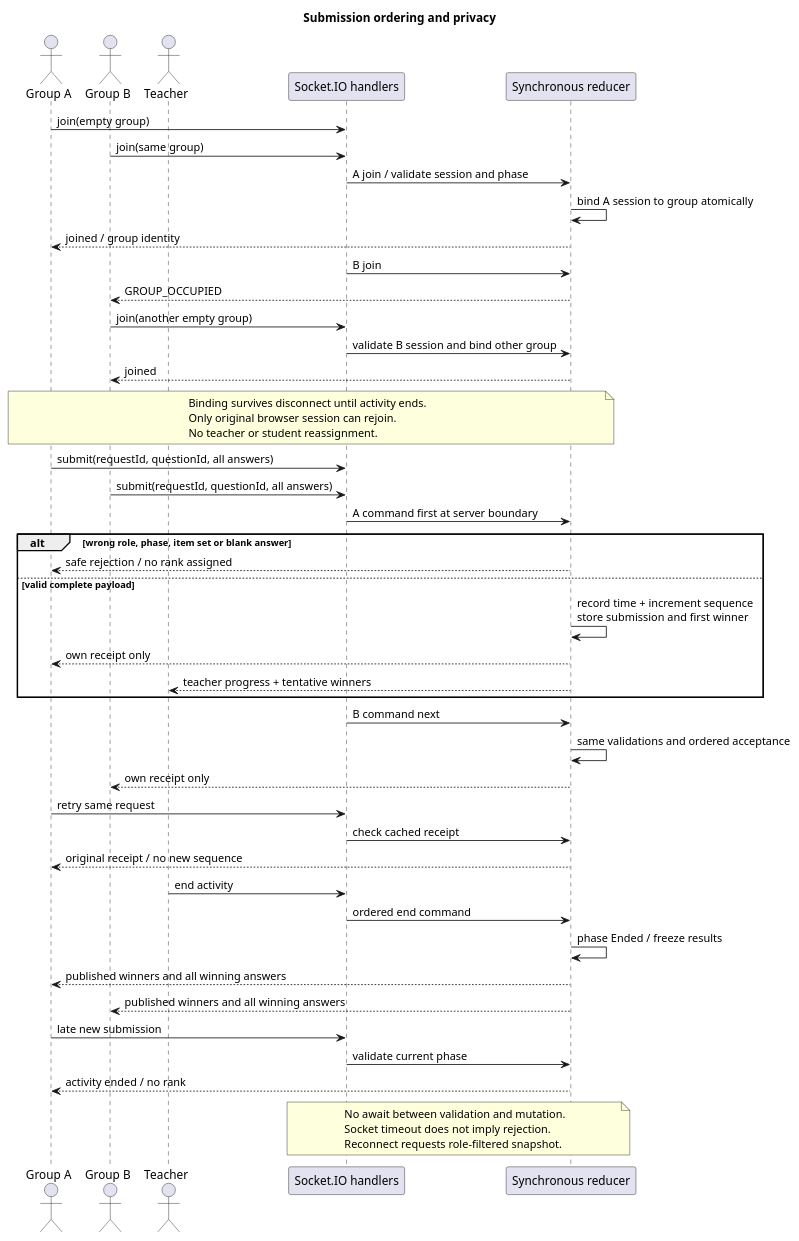
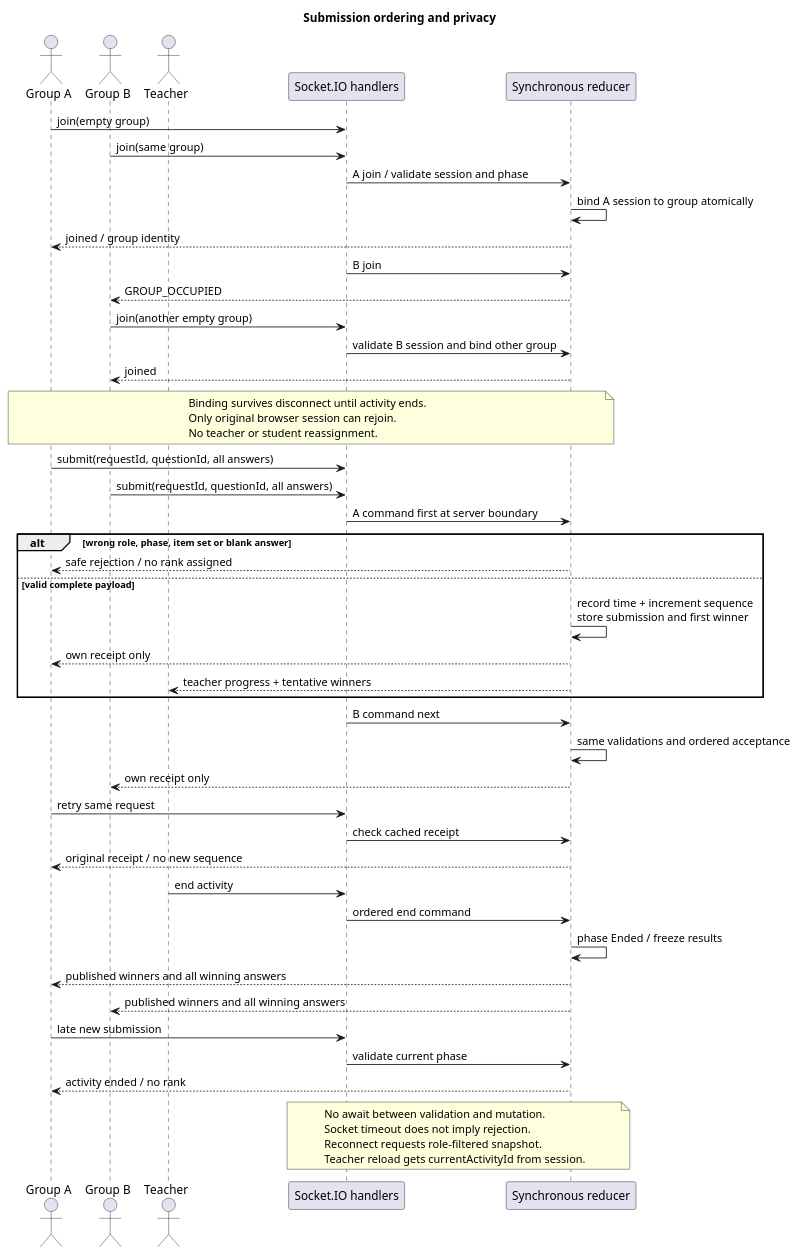
Before and after one commit to TsengYuFei/SW_SpecKit: the diagram in specs/001-classroom-sheets-buzzer/diagrams/submission.puml, drawn with PlantUML. The commit also changed 8 other files, not shown here.

```diff
--- a/specs/001-classroom-sheets-buzzer/diagrams/submission.puml
+++ b/specs/001-classroom-sheets-buzzer/diagrams/submission.puml
@@ -1,52 +1,53 @@
 @startuml
 title Submission ordering and privacy
 actor "Group A" as A
 actor "Group B" as B
 actor Teacher as T
 participant "Socket.IO handlers" as S
 participant "Synchronous reducer" as R
 A -> S : join(empty group)
 B -> S : join(same group)
 S -> R : A join / validate session and phase
 R -> R : bind A session to group atomically
 R --> A : joined / group identity
 S -> R : B join
 R --> B : GROUP_OCCUPIED
 B -> S : join(another empty group)
 S -> R : validate B session and bind other group
 R --> B : joined
 note over A,R
 Binding survives disconnect until activity ends.
 Only original browser session can rejoin.
 No teacher or student reassignment.
 end note
 A -> S : submit(requestId, questionId, all answers)
 B -> S : submit(requestId, questionId, all answers)
 S -> R : A command first at server boundary
 alt wrong role, phase, item set or blank answer
  R --> A : safe rejection / no rank assigned
 else valid complete payload
  R -> R : record time + increment sequence\nstore submission and first winner
  R --> A : own receipt only
  R --> T : teacher progress + tentative winners
 end
 S -> R : B command next
 R -> R : same validations and ordered acceptance
 R --> B : own receipt only
 A -> S : retry same request
 S -> R : check cached receipt
 R --> A : original receipt / no new sequence
 T -> S : end activity
 S -> R : ordered end command
 R -> R : phase Ended / freeze results
 R --> A : published winners and all winning answers
 R --> B : published winners and all winning answers
 A -> S : late new submission
 S -> R : validate current phase
 R --> A : activity ended / no rank
 note over S,R
 No await between validation and mutation.
 Socket timeout does not imply rejection.
 Reconnect requests role-filtered snapshot.
+Teacher reload gets currentActivityId from session.
 end note
 @enduml
```
